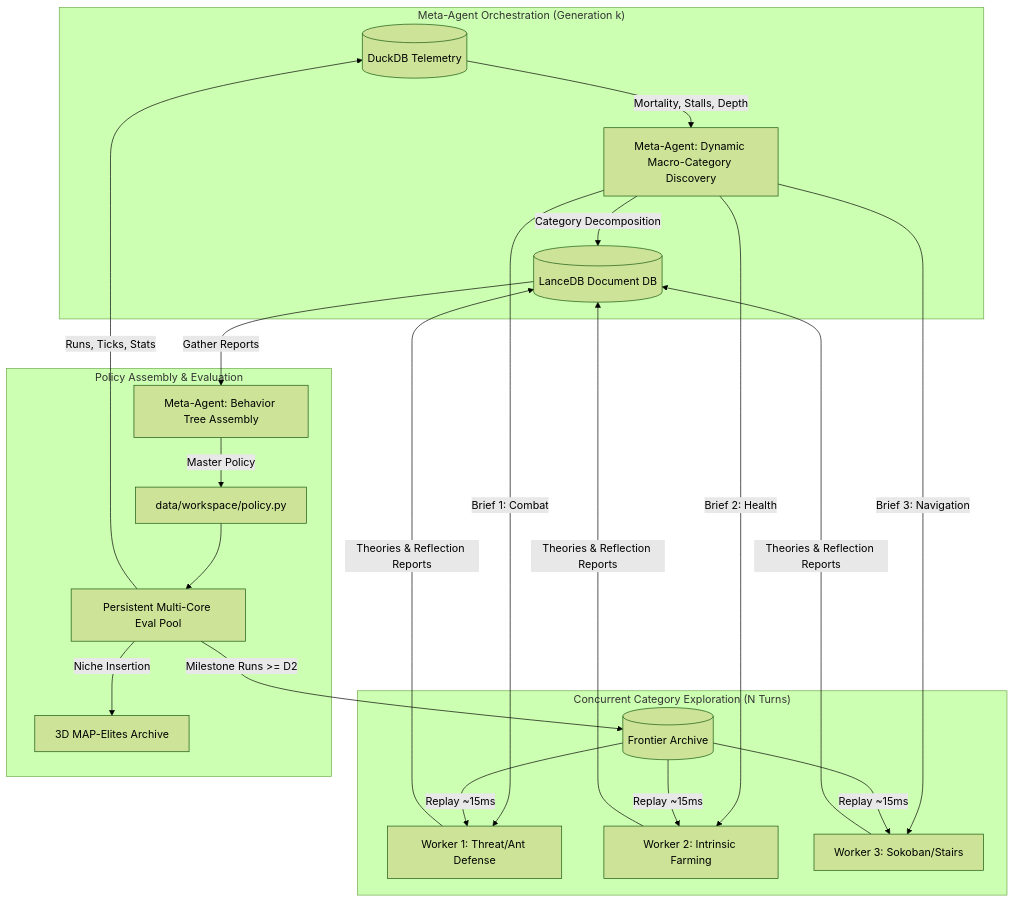
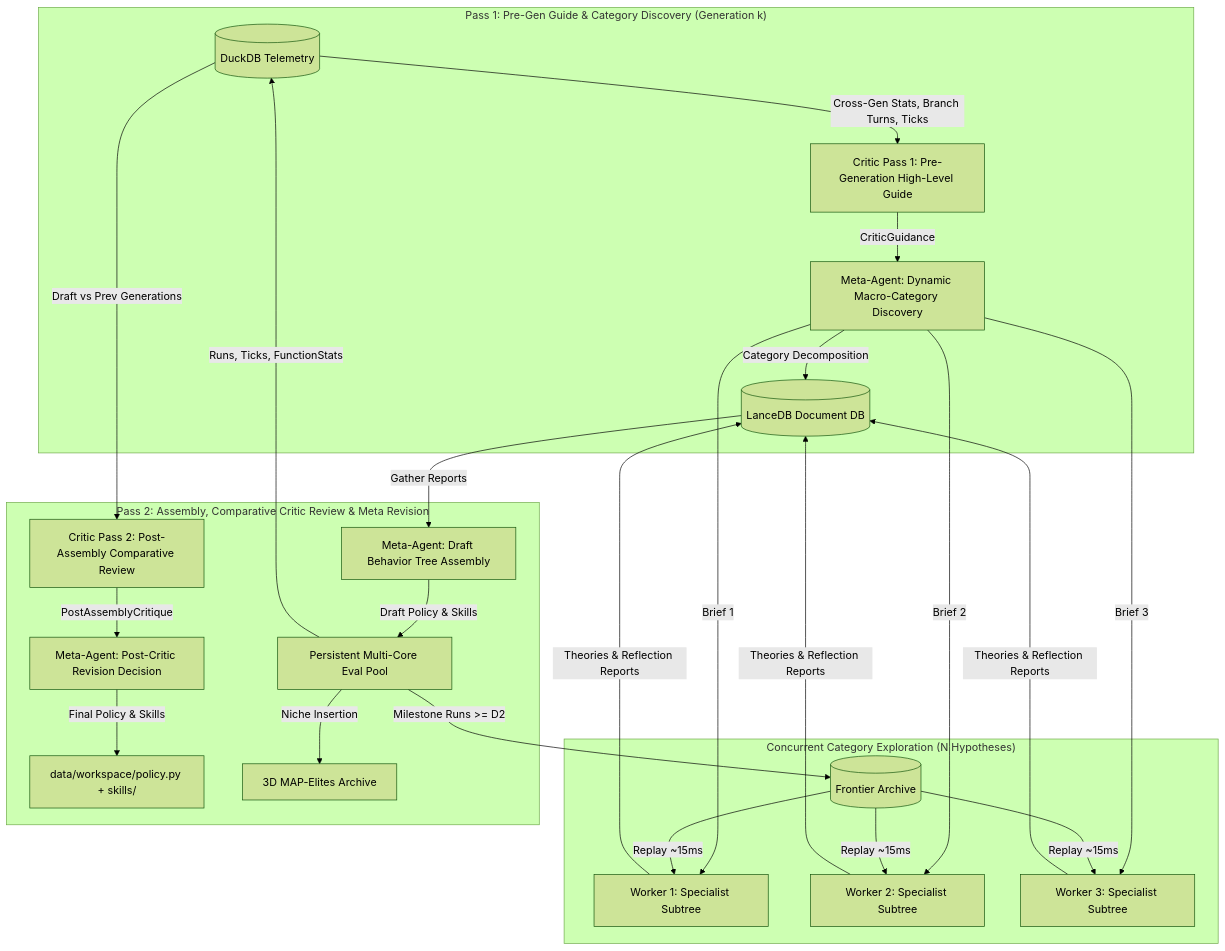
Before and after one commit to saejin-moon/lox: the diagram in README.md, drawn with Mermaid (forest theme). The commit also changed other lines of this file and 12 other files, not shown here.

Commit message:
Redesign SwarmCriticAgent as two-pass advisor without hardcoded rollbacks and unbias prompts

````diff
--- a/README.md
+++ b/README.md
@@ -61,28 +61,31 @@
 ```mermaid
 graph TD
-    subgraph "Meta-Agent Orchestration (Generation k)"
-        DB[(DuckDB Telemetry)] -->|Mortality, Stalls, Depth| MetaDisc[Meta-Agent: Dynamic Macro-Category Discovery]
+    subgraph "Pass 1: Pre-Gen Guide & Category Discovery (Generation k)"
+        DB[(DuckDB Telemetry)] -->|Cross-Gen Stats, Branch Turns, Ticks| Critic1[Critic Pass 1: Pre-Generation High-Level Guide]
+        Critic1 -->|CriticGuidance| MetaDisc[Meta-Agent: Dynamic Macro-Category Discovery]
         MetaDisc -->|Category Decomposition| LanceDB[(LanceDB Document DB)]
     end
 
-    subgraph "Concurrent Category Exploration (N Turns)"
-        MetaDisc -->|Brief 1: Combat| W1[Worker 1: Threat/Ant Defense]
-        MetaDisc -->|Brief 2: Health| W2[Worker 2: Intrinsic Farming]
-        MetaDisc -->|Brief 3: Navigation| W3[Worker 3: Sokoban/Stairs]
+    subgraph "Concurrent Category Exploration (N Hypotheses)"
+        MetaDisc -->|Brief 1| W1[Worker 1: Specialist Subtree]
+        MetaDisc -->|Brief 2| W2[Worker 2: Specialist Subtree]
+        MetaDisc -->|Brief 3| W3[Worker 3: Specialist Subtree]
         Frontier[(Frontier Archive)] -->|Replay ~15ms| W1
         Frontier -->|Replay ~15ms| W2
         Frontier -->|Replay ~15ms| W3
         W1 -->|Theories & Reflection Reports| LanceDB
         W2 -->|Theories & Reflection Reports| LanceDB
         W3 -->|Theories & Reflection Reports| LanceDB
     end
 
-    subgraph "Policy Assembly & Evaluation"
-        LanceDB -->|Gather Reports| MetaAssembly[Meta-Agent: Behavior Tree Assembly]
-        MetaAssembly -->|Master Policy| PolicyFile[data/workspace/policy.py]
-        PolicyFile --> EvalPool[Persistent Multi-Core Eval Pool]
-        EvalPool -->|Runs, Ticks, Stats| DB
+    subgraph "Pass 2: Assembly, Comparative Critic Review & Meta Revision"
+        LanceDB -->|Gather Reports| MetaAssembly[Meta-Agent: Draft Behavior Tree Assembly]
+        MetaAssembly -->|Draft Policy & Skills| EvalPool[Persistent Multi-Core Eval Pool]
+        EvalPool -->|Runs, Ticks, FunctionStats| DB
+        DB -->|Draft vs Prev Generations| Critic2[Critic Pass 2: Post-Assembly Comparative Review]
+        Critic2 -->|PostAssemblyCritique| MetaRev[Meta-Agent: Post-Critic Revision Decision]
+        MetaRev -->|Final Policy & Skills| PolicyFile[data/workspace/policy.py + skills/]
         EvalPool -->|Milestone Runs >= D2| Frontier
         EvalPool -->|Niche Insertion| MAPElites[3D MAP-Elites Archive]
     end
 ```
````
